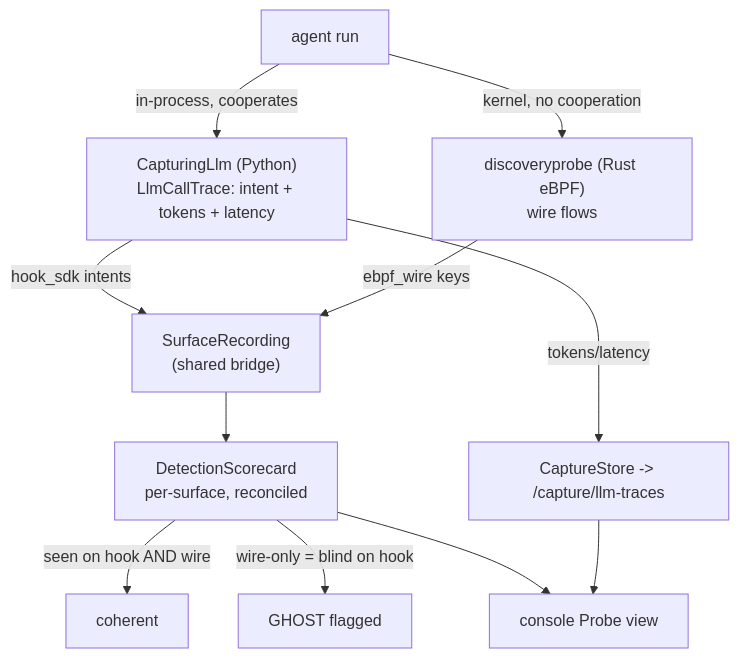
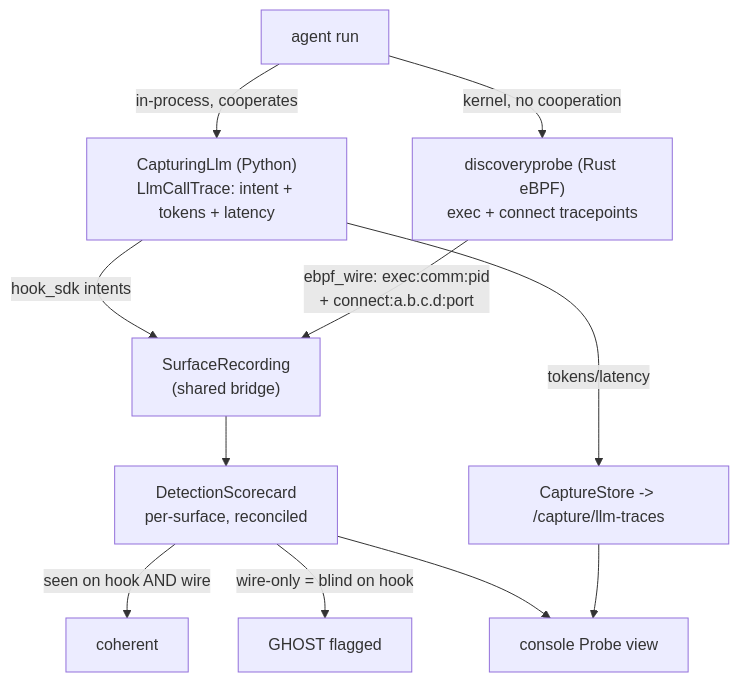
The diagram in docs/runbooks/agent-capture.md (mo0ogly/recette_IA_agents), drawn with Mermaid before and after one commit. The commit also changed other lines of this file and 1 other file, not shown here.

First line of the commit message:
docs(gr4): kernel egress surface + cross-language proof (provenance + runbook mermaid)

````diff
--- a/docs/runbooks/agent-capture.md
+++ b/docs/runbooks/agent-capture.md
@@ -18,14 +18,14 @@
 ```mermaid
 flowchart TB
     AG["agent run"]
     AG -->|in-process, cooperates| HOOK["CapturingLlm (Python)<br/>LlmCallTrace: intent + tokens + latency"]
-    AG -->|kernel, no cooperation| EBPF["discoveryprobe (Rust eBPF)<br/>wire flows"]
+    AG -->|kernel, no cooperation| EBPF["discoveryprobe (Rust eBPF)<br/>exec + connect tracepoints"]
     HOOK -->|hook_sdk intents| REC["SurfaceRecording<br/>(shared bridge)"]
-    EBPF -->|ebpf_wire keys| REC
+    EBPF -->|"ebpf_wire: exec:comm:pid<br/>+ connect:a.b.c.d:port"| REC
     HOOK -->|tokens/latency| TRACE["CaptureStore -> /capture/llm-traces"]
     REC --> SC["DetectionScorecard<br/>per-surface, reconciled"]
     SC -->|seen on hook AND wire| OK["coherent"]
     SC -->|wire-only = blind on hook| GHOST["GHOST flagged"]
     SC --> UX["console Probe view"]
     TRACE --> UX
 ```
````
